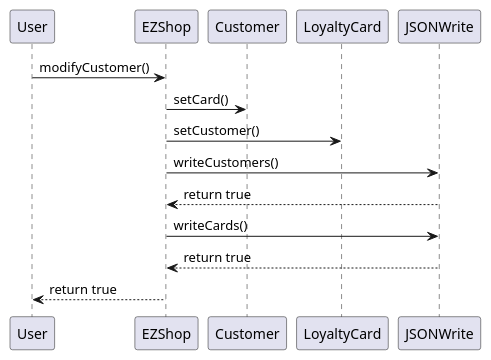
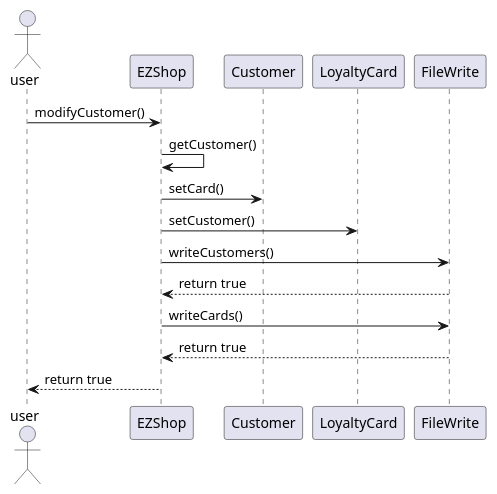
One commit to giuseppesalvi/ezshop changed diagram 14 of 28 in Deliverables/DesignDocument.md. Above: the diagram before and after it, drawn with PlantUML. The commit also changed other lines of this file, not shown here.

Commit message:
Update DesignDocument.md: sequence diagram, class diagram, package diagram

````diff
--- a/Deliverables/DesignDocument.md
+++ b/Deliverables/DesignDocument.md
@@ -465,17 +470,18 @@
 ```plantuml
 @startuml
-participant User
+actor user
 participant EZShop
 participant Customer
 participant LoyaltyCard
-participant JSONWrite
-User -> EZShop : modifyCustomer()
+participant FileWrite
+user -> EZShop : modifyCustomer()
+EZShop -> EZShop : getCustomer()
 EZShop -> Customer : setCard()
 EZShop -> LoyaltyCard : setCustomer()
-EZShop -> JSONWrite : writeCustomers()
-EZShop <-- JSONWrite : return true
-EZShop -> JSONWrite : writeCards()
-EZShop <-- JSONWrite : return true
-User <-- EZShop : return true
+EZShop -> FileWrite : writeCustomers()
+EZShop <-- FileWrite : return true
+EZShop -> FileWrite : writeCards()
+EZShop <-- FileWrite : return true
+user <-- EZShop : return true
 @enduml
 ```
````
